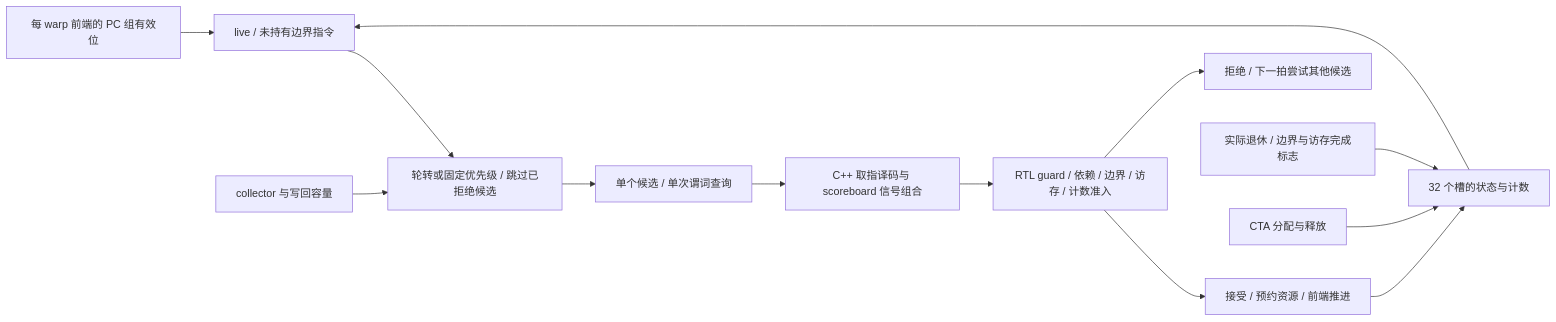
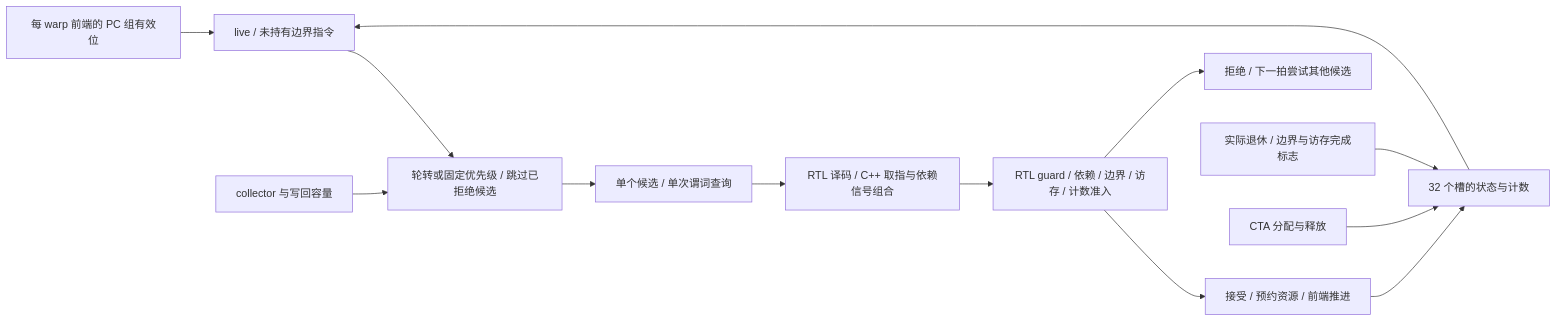
Before and after one commit to zdshq/simt-lab: the diagram in docs/RTL_WARP_SCHEDULER.md, drawn with Mermaid. The commit also changed other lines of this file and 31 other files, not shown here.

````diff
--- a/docs/RTL_WARP_SCHEDULER.md
+++ b/docs/RTL_WARP_SCHEDULER.md
@@ -24,15 +24,15 @@
 ```mermaid
 flowchart LR
     F[每 warp 前端的 PC 组有效位] --> E[live / 未持有边界指令]
     S[32 个槽的状态与计数] --> E
     E --> R[轮转或固定优先级 / 跳过已拒绝候选]
     R --> P[单个候选 / 单次谓词查询]
-    P --> D[C++ 取指译码与 scoreboard 信号组合]
+    P --> D[RTL 译码 / C++ 取指与依赖信号组合]
     D --> A[RTL guard / 依赖 / 边界 / 访存 / 计数准入]
     C[collector 与写回容量] --> R
     A --> I[接受 / 预约资源 / 前端推进]
     A --> X[拒绝 / 下一拍尝试其他候选]
     I --> S
     W[实际退休 / 边界与访存完成标志] --> S
     L[CTA 分配与释放] --> S
 ```
````
